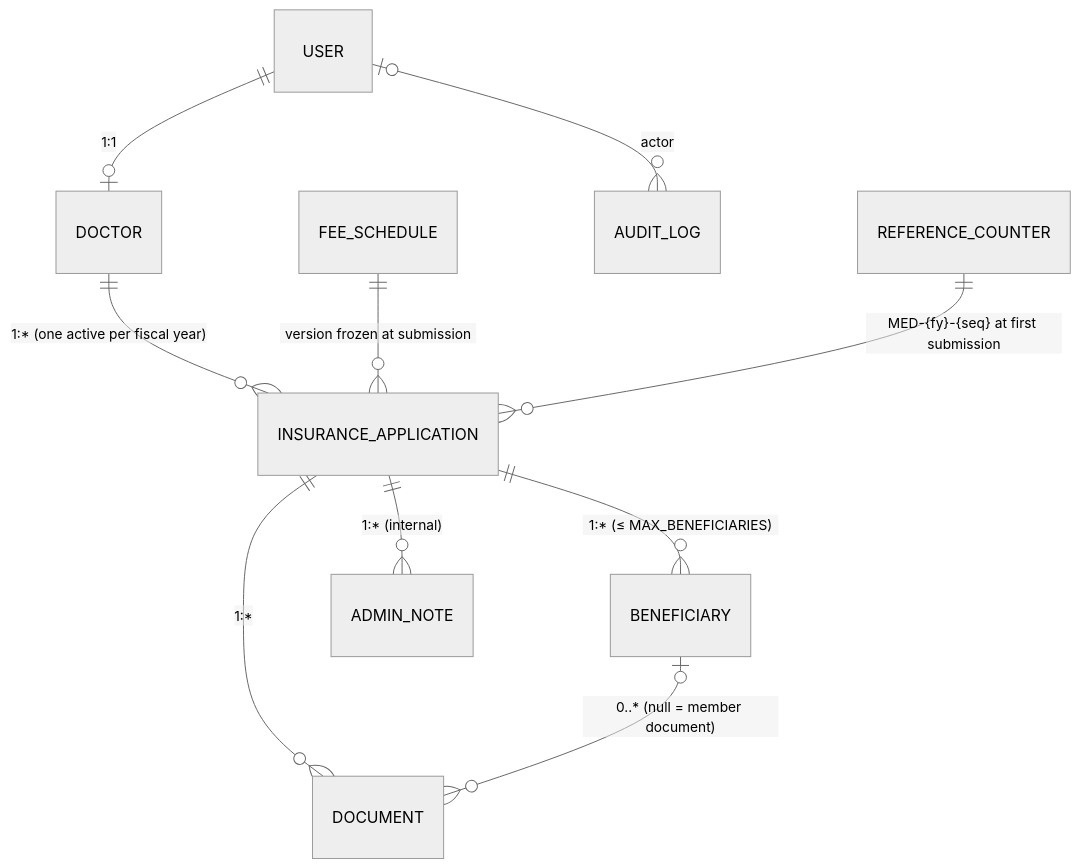
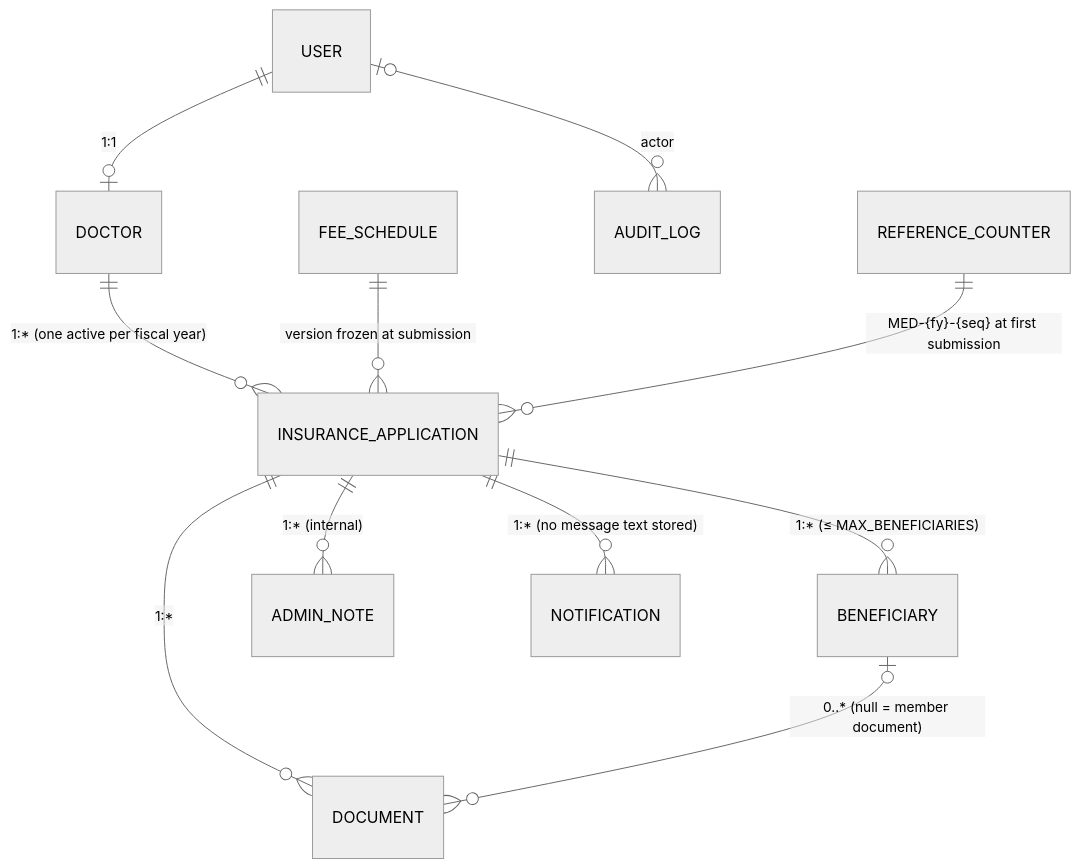
One commit to amr990719/Medical_App_Azure changed the sixth of 8 diagrams in docs/architecture.md. Above: the diagram before and after it, drawn with Mermaid (neutral theme). The commit also changed other lines of this file and 9 other files, not shown here.

First line of the commit message:
docs: notifications architecture, security and deployment

````diff
--- a/docs/architecture.md
+++ b/docs/architecture.md
@@ -161,12 +194,13 @@
 ```mermaid
 erDiagram
     USER ||--o| DOCTOR : "1:1"
     DOCTOR ||--o{ INSURANCE_APPLICATION : "1:* (one active per fiscal year)"
     FEE_SCHEDULE ||--o{ INSURANCE_APPLICATION : "version frozen at submission"
     INSURANCE_APPLICATION ||--o{ BENEFICIARY : "1:* (≤ MAX_BENEFICIARIES)"
     INSURANCE_APPLICATION ||--o{ DOCUMENT : "1:*"
     BENEFICIARY |o--o{ DOCUMENT : "0..* (null = member document)"
     INSURANCE_APPLICATION ||--o{ ADMIN_NOTE : "1:* (internal)"
     USER |o--o{ AUDIT_LOG : "actor"
     REFERENCE_COUNTER ||--o{ INSURANCE_APPLICATION : "MED-{fy}-{seq} at first submission"
+    INSURANCE_APPLICATION ||--o{ NOTIFICATION : "1:* (no message text stored)"
 ```
````
